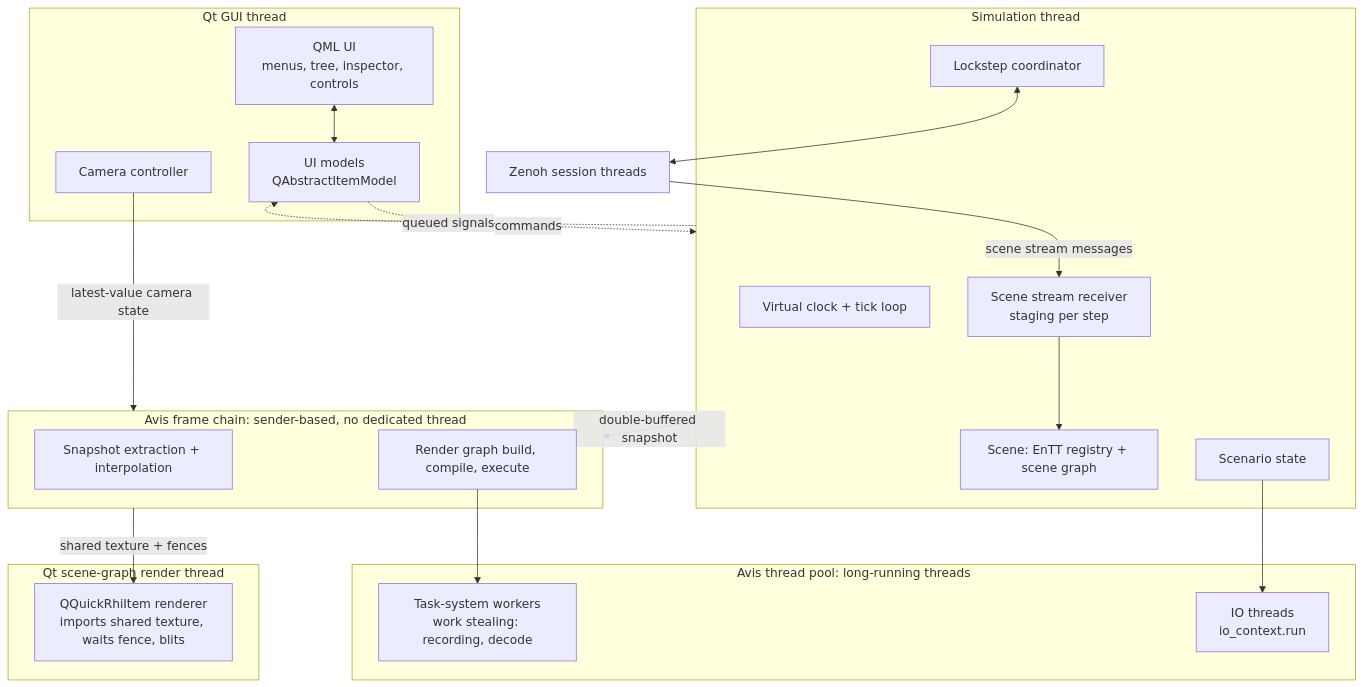
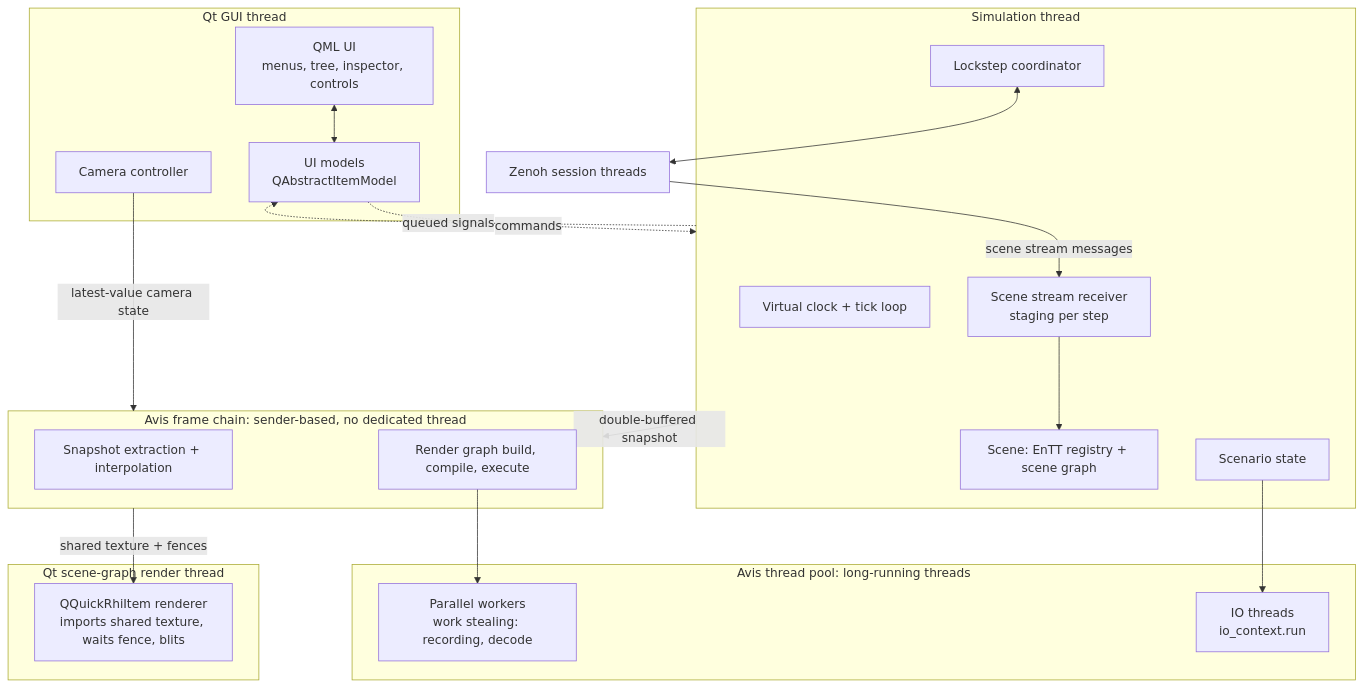
Before and after one commit to KevindeQ/avis: the second of 4 diagrams in docs/design/01-system-architecture.md, drawn with Mermaid. The commit also changed other lines of this file and 25 other files, not shown here.

````diff
--- a/docs/design/01-system-architecture.md
+++ b/docs/design/01-system-architecture.md
@@ -82,39 +82,39 @@
 ```mermaid
 flowchart TB
     subgraph gui_thread["Qt GUI thread"]
         qml["QML UI<br/>menus, tree, inspector, controls"]
         models["UI models<br/>QAbstractItemModel"]
         camera["Camera controller"]
     end
     subgraph qt_render_thread["Qt scene-graph render thread"]
         rhi_item["QQuickRhiItem renderer<br/>imports shared texture, waits fence, blits"]
     end
     subgraph simulation_thread["Simulation thread"]
         clock["Virtual clock + tick loop"]
         coordinator["Lockstep coordinator"]
         scene_stream["Scene stream receiver<br/>staging per step"]
         registry["Scene: EnTT registry + scene graph"]
         scenario["Scenario state"]
     end
     subgraph frame_chain["Avis frame chain: sender-based, no dedicated thread"]
         extraction["Snapshot extraction + interpolation"]
         render_graph["Render graph build, compile, execute"]
     end
     subgraph thread_pool["Avis thread pool: long-running threads"]
-        workers["Task-system workers<br/>work stealing: recording, decode"]
+        workers["Parallel workers<br/>work stealing: recording, decode"]
         io_threads["IO threads<br/>io_context.run"]
     end
     zenoh_threads["Zenoh session threads"]
 
     qml <--> models
     simulation_thread -. "queued signals" .-> models
     models -. "commands" .-> simulation_thread
     camera -- "latest-value camera state" --> frame_chain
     simulation_thread -- "double-buffered snapshot" --> frame_chain
     frame_chain -- "shared texture + fences" --> rhi_item
     coordinator <--> zenoh_threads
     zenoh_threads -- "scene stream messages" --> scene_stream
     scene_stream --> registry
     render_graph --> workers
     scenario --> io_threads
 ```
````
